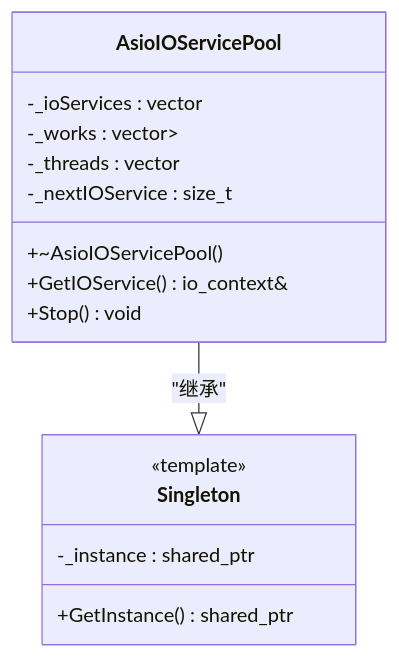
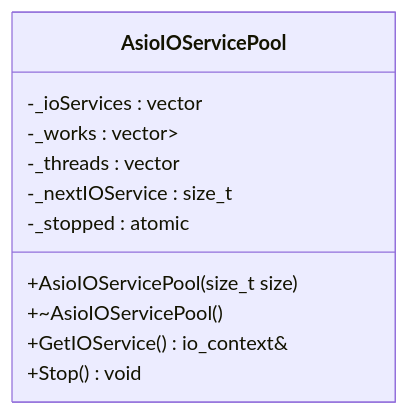
The third of 5 diagrams in .qoder/repowiki/zh/content/服务端开发/通用组件和工具/异步IO服务池.md (echo9923/mychatter), drawn with Mermaid before and after one commit. The commit also changed other lines of this file and 107 other files, not shown here.

````diff
--- a/.qoder/repowiki/zh/content/服务端开发/通用组件和工具/异步IO服务池.md
+++ b/.qoder/repowiki/zh/content/服务端开发/通用组件和工具/异步IO服务池.md
@@ -158,18 +171,14 @@
 ```mermaid
 classDiagram
 class AsioIOServicePool {
++AsioIOServicePool(size_t size)
 +~AsioIOServicePool()
 +GetIOService() io_context&
 +Stop() void
 -_ioServices : vector<io_context>
 -_works : vector<unique_ptr<Work>>
 -_threads : vector<thread>
 -_nextIOService : size_t
+-_stopped : atomic<bool>
 }
-class Singleton {
-<<template>>
-+GetInstance() shared_ptr<T>
--_instance : shared_ptr<T>
-}
-AsioIOServicePool --|> Singleton : "继承"
 ```
````
